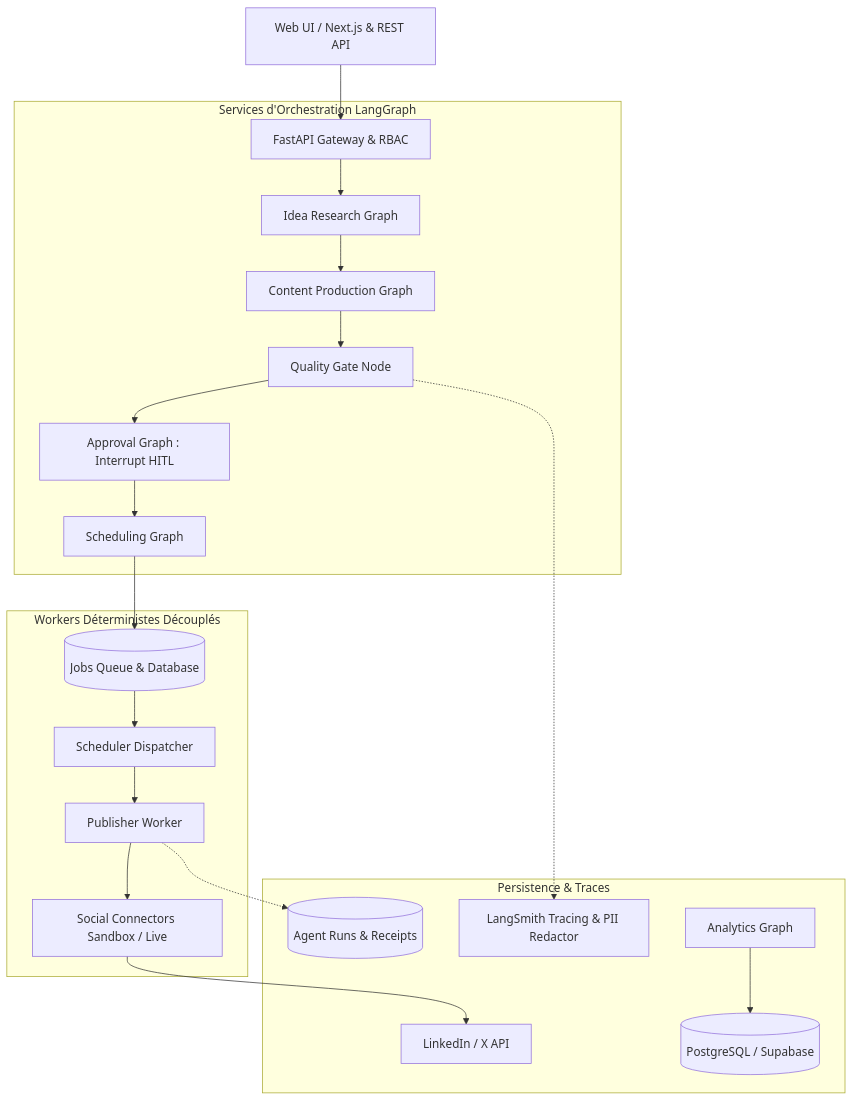
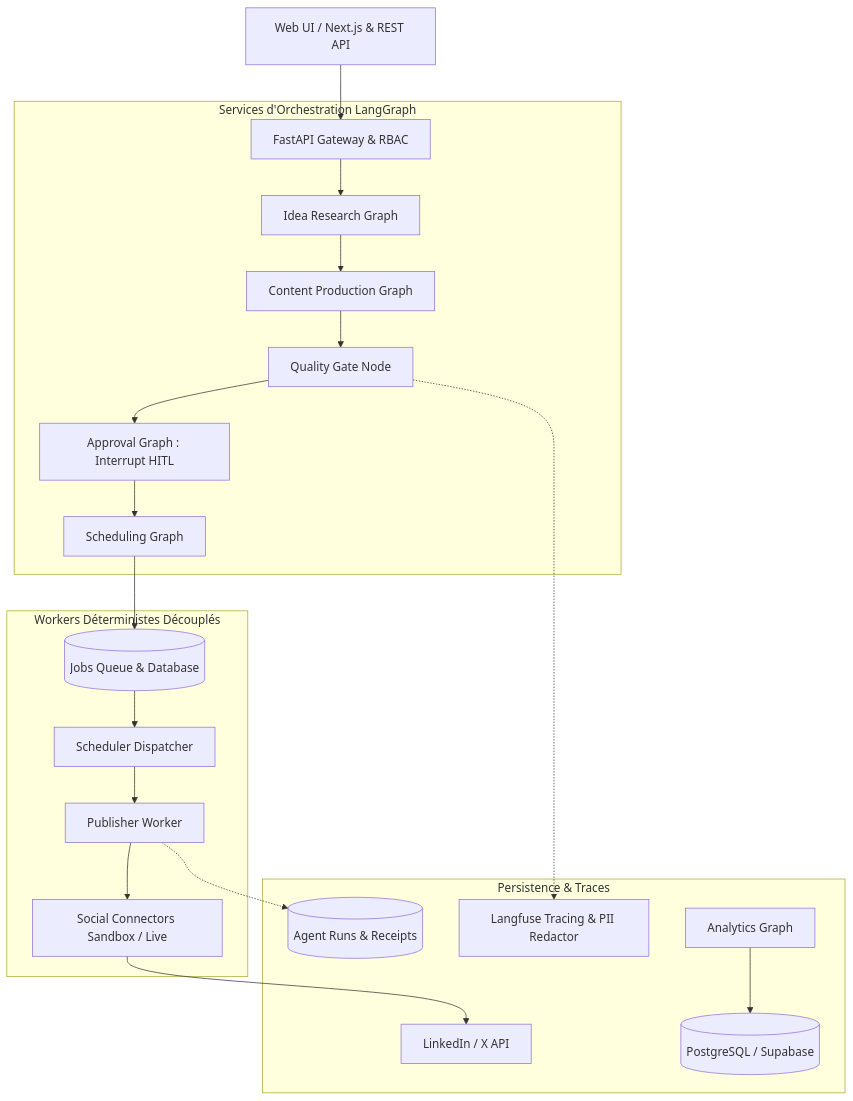
The diagram in docs/architecture.md (Gninhi/Content-builder), drawn with Mermaid before and after one commit. The commit also changed other lines of this file and 6 other files, not shown here.

Commit message:
docs: purge all LangSmith references and update documentation with Langfuse and Gemini

````diff
--- a/docs/architecture.md
+++ b/docs/architecture.md
@@ -22,26 +22,26 @@
 ```mermaid
 graph TD
     Client[Web UI / Next.js & REST API] --> API[FastAPI Gateway & RBAC]
     
     subgraph Orchestration [Services d'Orchestration LangGraph]
         API --> G_Idea[Idea Research Graph]
         G_Idea --> G_Prod[Content Production Graph]
         G_Prod --> G_QA[Quality Gate Node]
         G_QA --> G_Appr[Approval Graph : Interrupt HITL]
         G_Appr --> G_Sched[Scheduling Graph]
     end
 
     subgraph Workers [Workers Déterministes Découplés]
         G_Sched --> Queue[(Jobs Queue & Database)]
         Queue --> Dispatcher[Scheduler Dispatcher]
         Dispatcher --> Publisher[Publisher Worker]
         Publisher --> Connectors[Social Connectors Sandbox / Live]
     end
 
     subgraph Observabilité & Données [Persistence & Traces]
-        G_QA -.-> LangSmith[LangSmith Tracing & PII Redactor]
+        G_QA -.-> Langfuse[Langfuse Tracing & PII Redactor]
         Publisher -.-> AuditLog[(Agent Runs & Receipts)]
         Connectors --> ExtPlatforms[LinkedIn / X API]
         AnalyticsG[Analytics Graph] --> DB[(PostgreSQL / Supabase)]
     end
 ```
````
